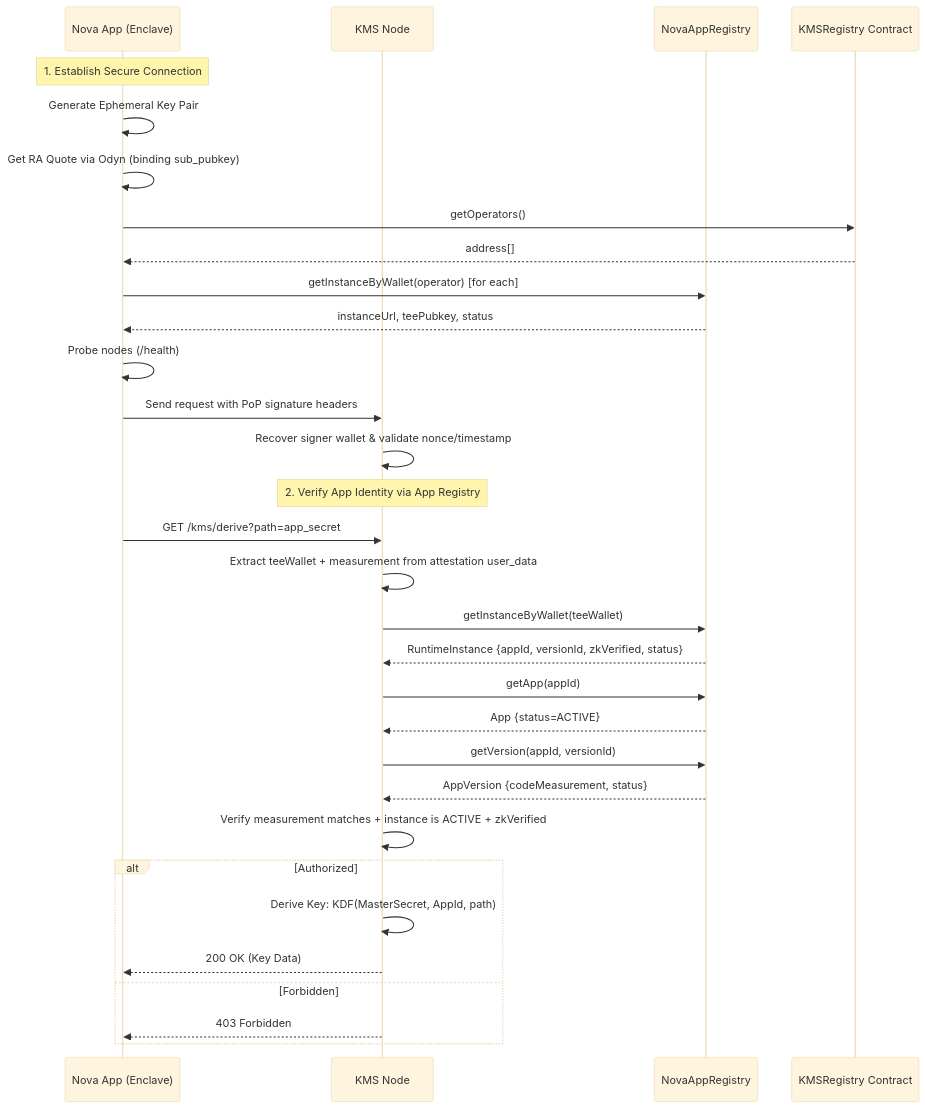
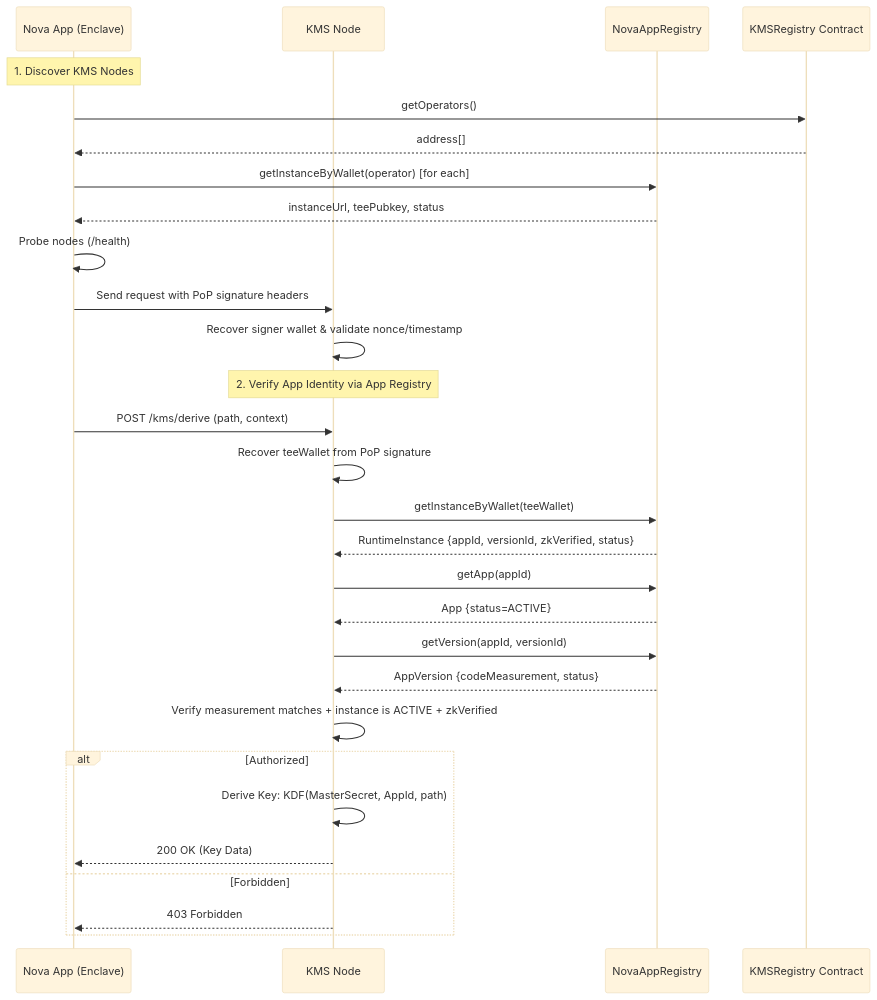
The third of 4 diagrams in docs/architecture.md (sparsity-xyz/nova-kms), drawn with Mermaid (base theme) before and after one commit. The commit also changed other lines of this file and 8 other files, not shown here.

````diff
--- a/docs/architecture.md
+++ b/docs/architecture.md
@@ -243,39 +243,36 @@
 ```mermaid
 sequenceDiagram
     participant App as Nova App (Enclave)
     participant KMS as KMS Node
     participant AR as NovaAppRegistry
     participant KC as KMSRegistry Contract
     
-    Note over App: 1. Establish Secure Connection
-    App->>App: Generate Ephemeral Key Pair
-    App->>App: Get RA Quote via Odyn (binding sub_pubkey)
-    
+    Note over App: 1. Discover KMS Nodes
     App->>KC: getOperators()
     KC-->>App: address[]
     App->>AR: getInstanceByWallet(operator) [for each]
     AR-->>App: instanceUrl, teePubkey, status
     App->>App: Probe nodes (/health)
     
     App->>KMS: Send request with PoP signature headers
     KMS->>KMS: Recover signer wallet & validate nonce/timestamp
     
     Note over KMS: 2. Verify App Identity via App Registry
-    App->>KMS: GET /kms/derive?path=app_secret
-    KMS->>KMS: Extract teeWallet + measurement from attestation user_data
+    App->>KMS: POST /kms/derive (path, context)
+    KMS->>KMS: Recover teeWallet from PoP signature
     
     KMS->>AR: getInstanceByWallet(teeWallet)
     AR-->>KMS: RuntimeInstance {appId, versionId, zkVerified, status}
     KMS->>AR: getApp(appId)
     AR-->>KMS: App {status=ACTIVE}
     KMS->>AR: getVersion(appId, versionId)
     AR-->>KMS: AppVersion {codeMeasurement, status}
     KMS->>KMS: Verify measurement matches + instance is ACTIVE + zkVerified
     
     alt Authorized
         KMS->>KMS: Derive Key: KDF(MasterSecret, AppId, path)
         KMS-->>App: 200 OK (Key Data)
     else Forbidden
         KMS-->>App: 403 Forbidden
     end
 ```
````
